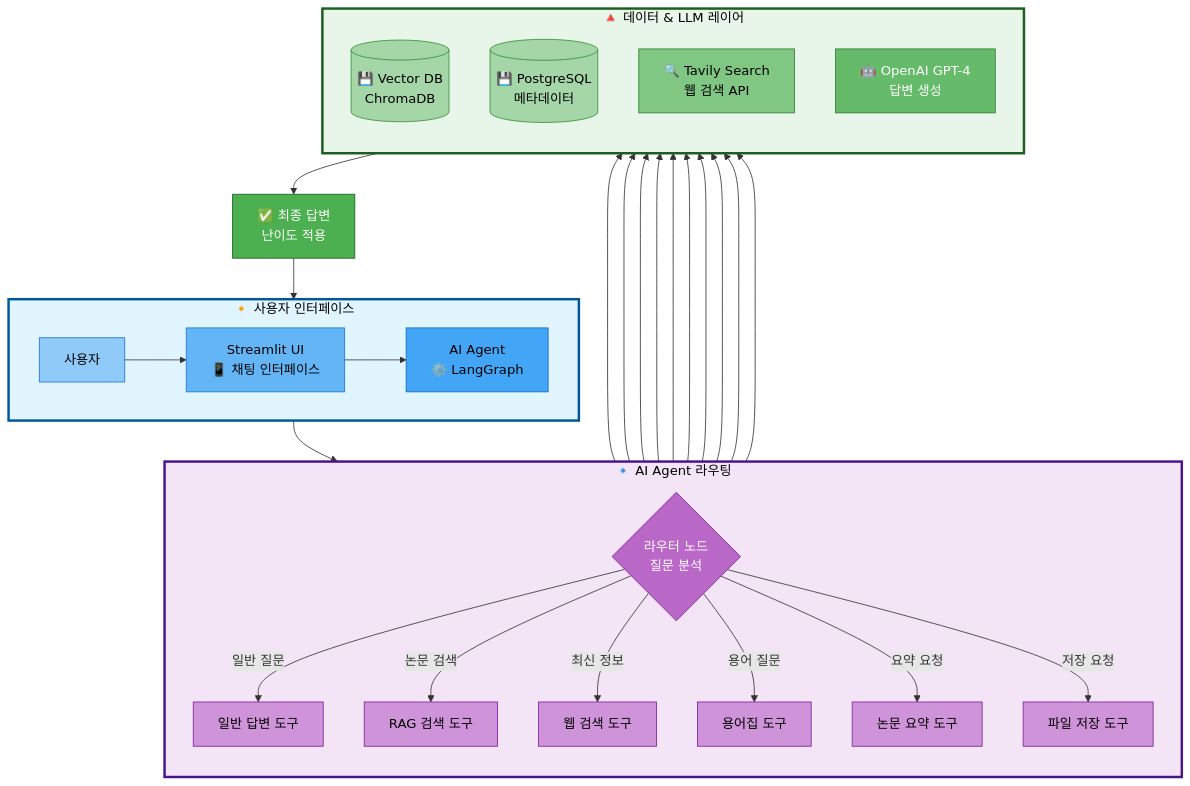
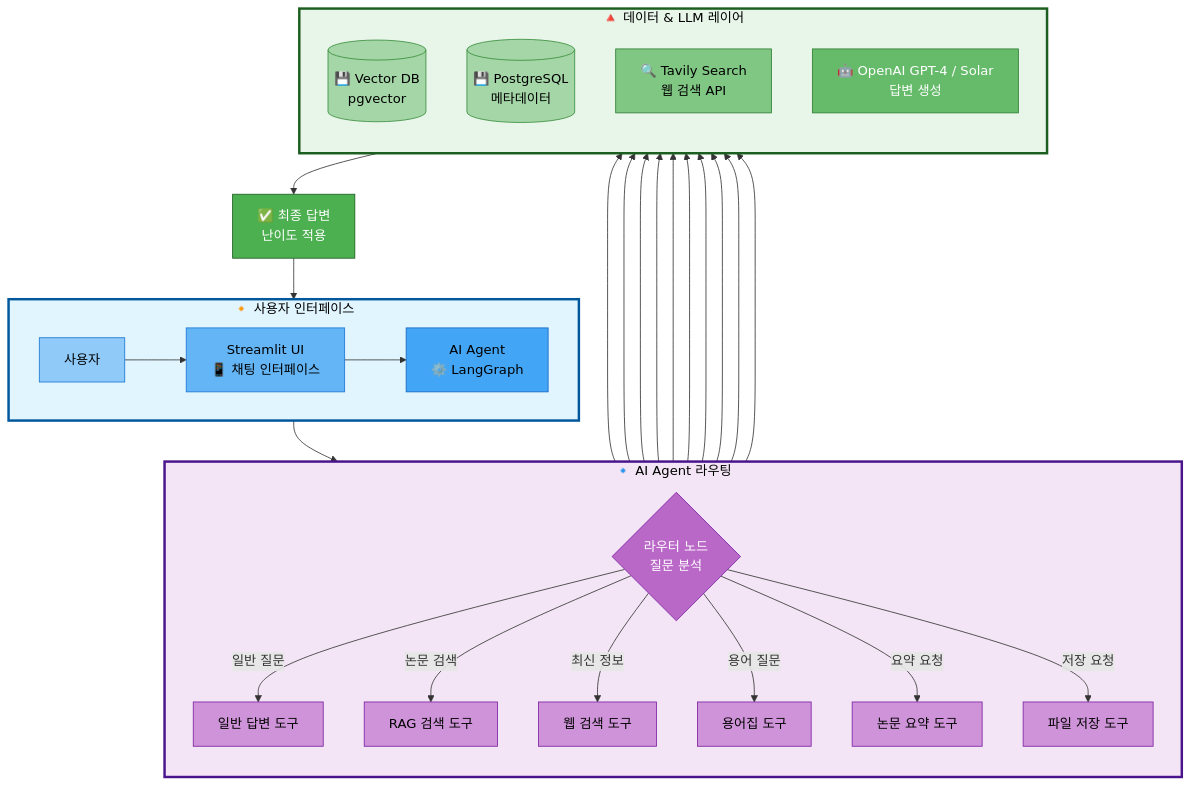
Before and after one commit to woghd8503/langchainproject-new-langchainproject_5: the first of 7 diagrams in docs/PRD/자료조사_03_시스템_아키텍처.md, drawn with Mermaid. The commit also changed other lines of this file and 5 other files, not shown here.

First line of the commit message:
docs: Vector DB를 ChromaDB에서 pgvector로 변경

````diff
--- a/docs/PRD/자료조사_03_시스템_아키텍처.md
+++ b/docs/PRD/자료조사_03_시스템_아키텍처.md
@@ -29,71 +29,71 @@
 ```mermaid
 graph TB
     subgraph UserInterface["🔸 사용자 인터페이스"]
         direction LR
         User[사용자] --> UI[Streamlit UI<br/>📱 채팅 인터페이스]
         UI --> Agent[AI Agent<br/>⚙️ LangGraph]
     end
 
     subgraph AgentCore["🔹 AI Agent 라우팅"]
         direction TB
         Agent --> Router{라우터 노드<br/>질문 분석}
         Router -->|일반 질문| General[일반 답변 도구]
         Router -->|논문 검색| RAG[RAG 검색 도구]
         Router -->|최신 정보| Web[웹 검색 도구]
         Router -->|용어 질문| Glossary[용어집 도구]
         Router -->|요약 요청| Summarize[논문 요약 도구]
         Router -->|저장 요청| Save[파일 저장 도구]
     end
 
     subgraph DataLayer["🔺 데이터 & LLM 레이어"]
         direction TB
-        VectorDB[(💾 Vector DB<br/>ChromaDB)]
+        VectorDB[(💾 Vector DB<br/>pgvector)]
         PostgreSQL[(💾 PostgreSQL<br/>메타데이터)]
         TavilyAPI[🔍 Tavily Search<br/>웹 검색 API]
-        LLM[🤖 OpenAI GPT-4<br/>답변 생성]
+        LLM[🤖 OpenAI GPT-4 / Solar<br/>답변 생성]
     end
 
     %% 도구와 데이터 연결
     RAG --> VectorDB
     RAG --> PostgreSQL
     Glossary --> PostgreSQL
     Glossary --> VectorDB
     Web --> TavilyAPI
 
     %% 도구와 LLM 연결
     General --> LLM
     RAG --> LLM
     Web --> LLM
     Glossary --> LLM
     Summarize --> LLM
 
     %% 응답 경로
     LLM --> Response[✅ 최종 답변<br/>난이도 적용]
     Response --> UI
 
     %% Subgraph 스타일
     style UserInterface fill:#e1f5ff,stroke:#01579b,stroke-width:3px,color:#000
     style AgentCore fill:#f3e5f5,stroke:#4a148c,stroke-width:3px,color:#000
     style DataLayer fill:#e8f5e9,stroke:#1b5e20,stroke-width:3px,color:#000
 
     %% 노드 스타일 (사용자 인터페이스 - 파랑 계열)
     style User fill:#90caf9,stroke:#1976d2,color:#000
     style UI fill:#64b5f6,stroke:#1976d2,color:#000
     style Agent fill:#42a5f5,stroke:#1565c0,color:#000
 
     %% 노드 스타일 (AI Agent - 보라 계열)
     style Router fill:#ba68c8,stroke:#7b1fa2,color:#fff
     style General fill:#ce93d8,stroke:#7b1fa2,color:#000
     style RAG fill:#ce93d8,stroke:#7b1fa2,color:#000
     style Web fill:#ce93d8,stroke:#7b1fa2,color:#000
     style Glossary fill:#ce93d8,stroke:#7b1fa2,color:#000
     style Summarize fill:#ce93d8,stroke:#7b1fa2,color:#000
     style Save fill:#ce93d8,stroke:#7b1fa2,color:#000
 
     %% 노드 스타일 (데이터 & LLM - 녹색 계열)
     style VectorDB fill:#a5d6a7,stroke:#388e3c,color:#000
     style PostgreSQL fill:#a5d6a7,stroke:#388e3c,color:#000
     style TavilyAPI fill:#81c784,stroke:#2e7d32,color:#000
     style LLM fill:#66bb6a,stroke:#2e7d32,color:#fff
     style Response fill:#4caf50,stroke:#1b5e20,color:#fff
 ```
````
